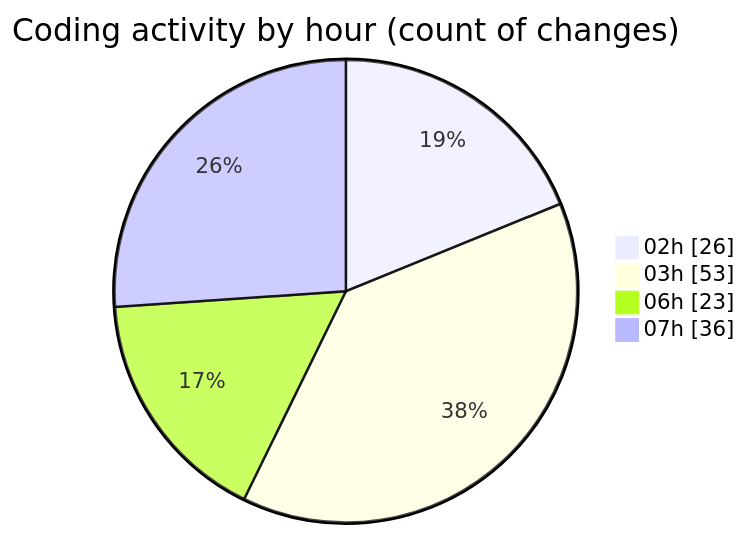
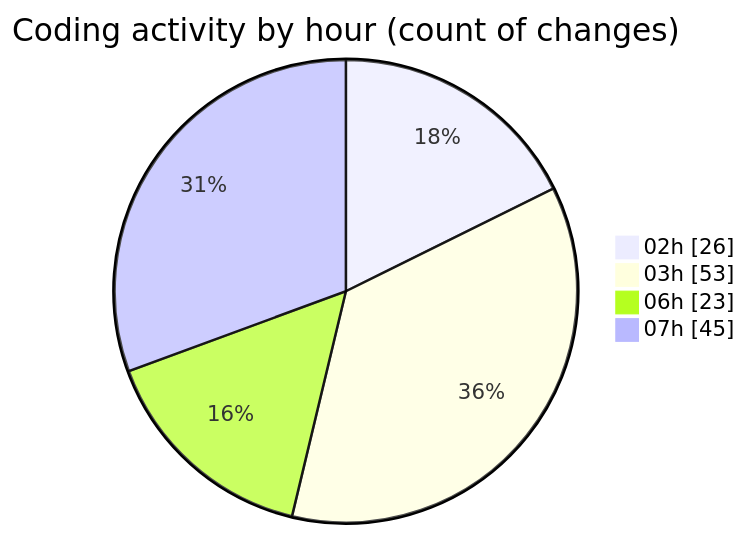
Before and after one commit to charlie-sans/code-tracking: the second of 2 diagrams in 2025-02-22/micros/README.md, drawn with Mermaid. The commit also changed other lines of this file and 1 other file, not shown here.

````diff
--- a/2025-02-22/micros/README.md
+++ b/2025-02-22/micros/README.md
@@ -71,8 +72,8 @@
 ```mermaid
 pie showData
 title Coding activity by hour (count of changes)
 "02h" : 26
 "03h" : 53
 "06h" : 23
-"07h" : 36
+"07h" : 45
 ```
````
